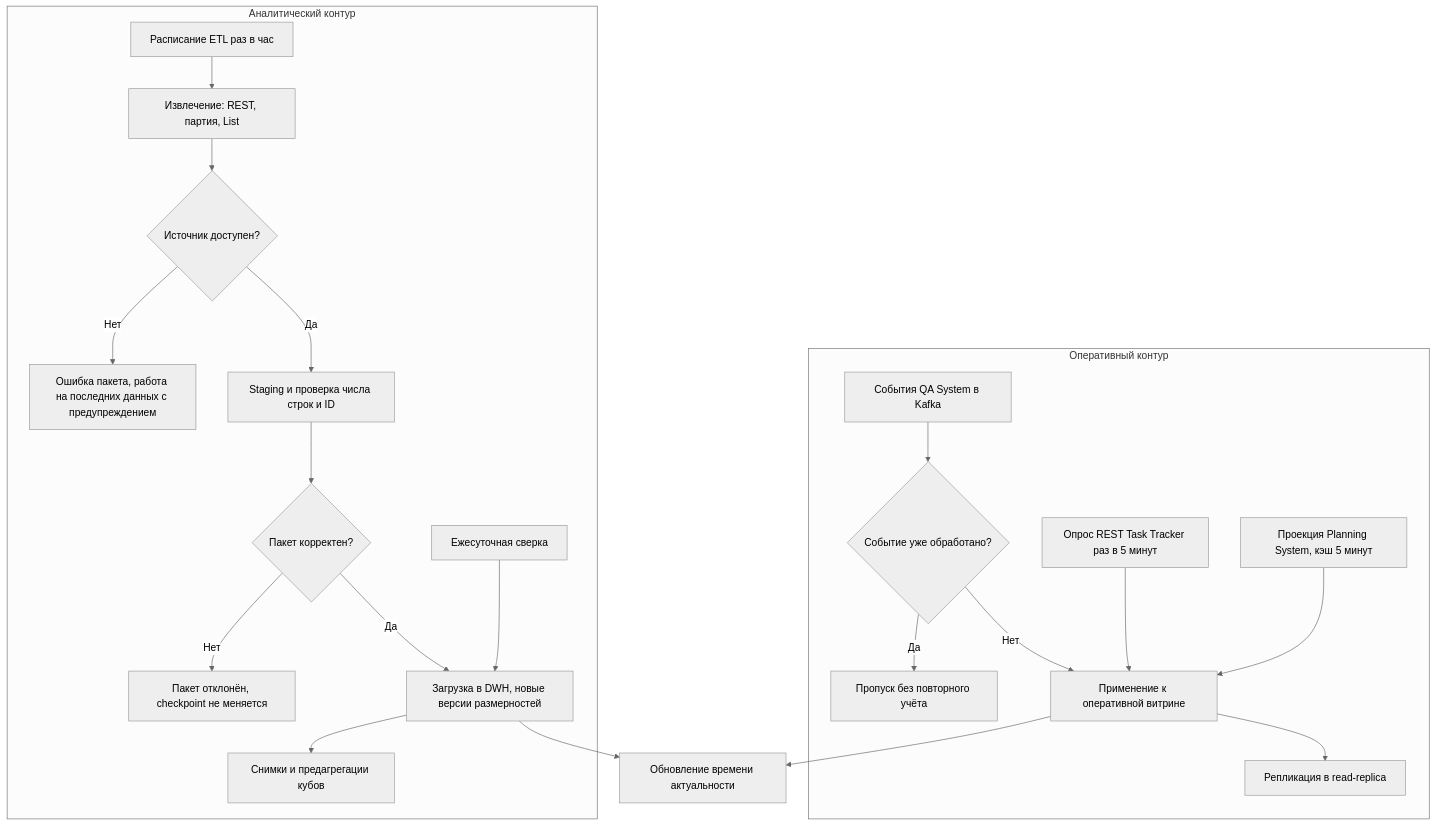
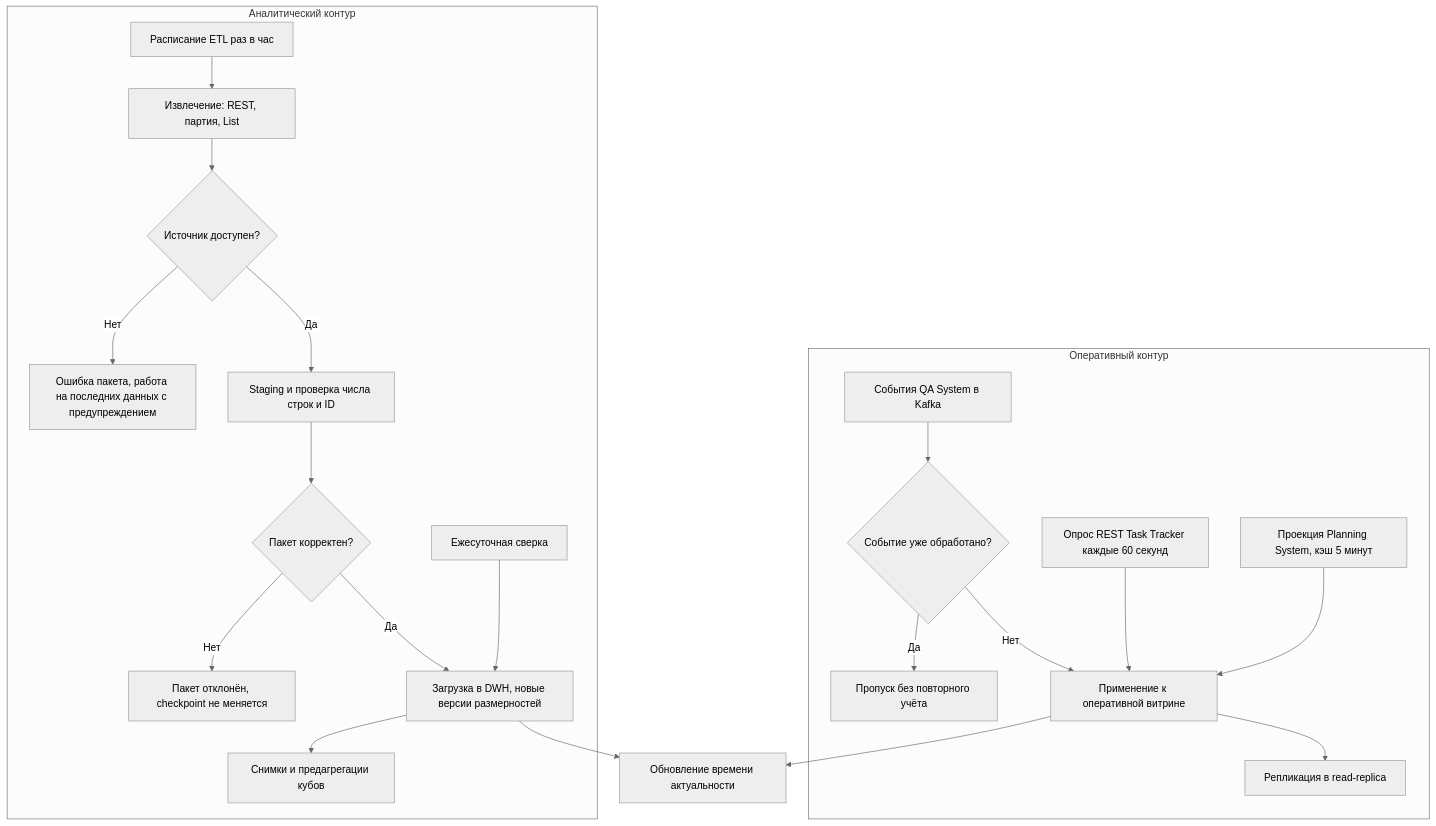
Before and after one commit to MEPhI-C22-501/arch-info-system-monorepo: the third of 6 diagrams in reports/docs/vision.md, drawn with Mermaid (neutral theme). The commit also changed other lines of this file and 149 other files, not shown here.

````diff
--- a/reports/docs/vision.md
+++ b/reports/docs/vision.md
@@ -278,24 +278,24 @@
 ```mermaid
 flowchart TD
     subgraph OP["Оперативный контур"]
         QE["События QA System в Kafka"] --> C{"Событие уже обработано?"}
         C -->|"Да"| E["Пропуск без повторного учёта"]
         C -->|"Нет"| F["Применение к оперативной витрине"]
-        TP["Опрос REST Task Tracker раз в 5 минут"] --> F
+        TP["Опрос REST Task Tracker каждые 60 секунд"] --> F
         PP["Проекция Planning System, кэш 5 минут"] --> F
         F --> RR["Репликация в read-replica"]
     end
     subgraph AN["Аналитический контур"]
         S["Расписание ETL раз в час"] --> X["Извлечение: REST, партия, List"]
         X --> J{"Источник доступен?"}
         J -->|"Нет"| K["Ошибка пакета, работа на последних данных с предупреждением"]
         J -->|"Да"| STG["Staging и проверка числа строк и ID"]
         STG --> V{"Пакет корректен?"}
         V -->|"Нет"| R["Пакет отклонён, checkpoint не меняется"]
         V -->|"Да"| D["Загрузка в DWH, новые версии размерностей"]
         D --> CU["Снимки и предагрегации кубов"]
         N["Ежесуточная сверка"] --> D
     end
     F --> G["Обновление времени актуальности"]
     D --> G
 ```
````
